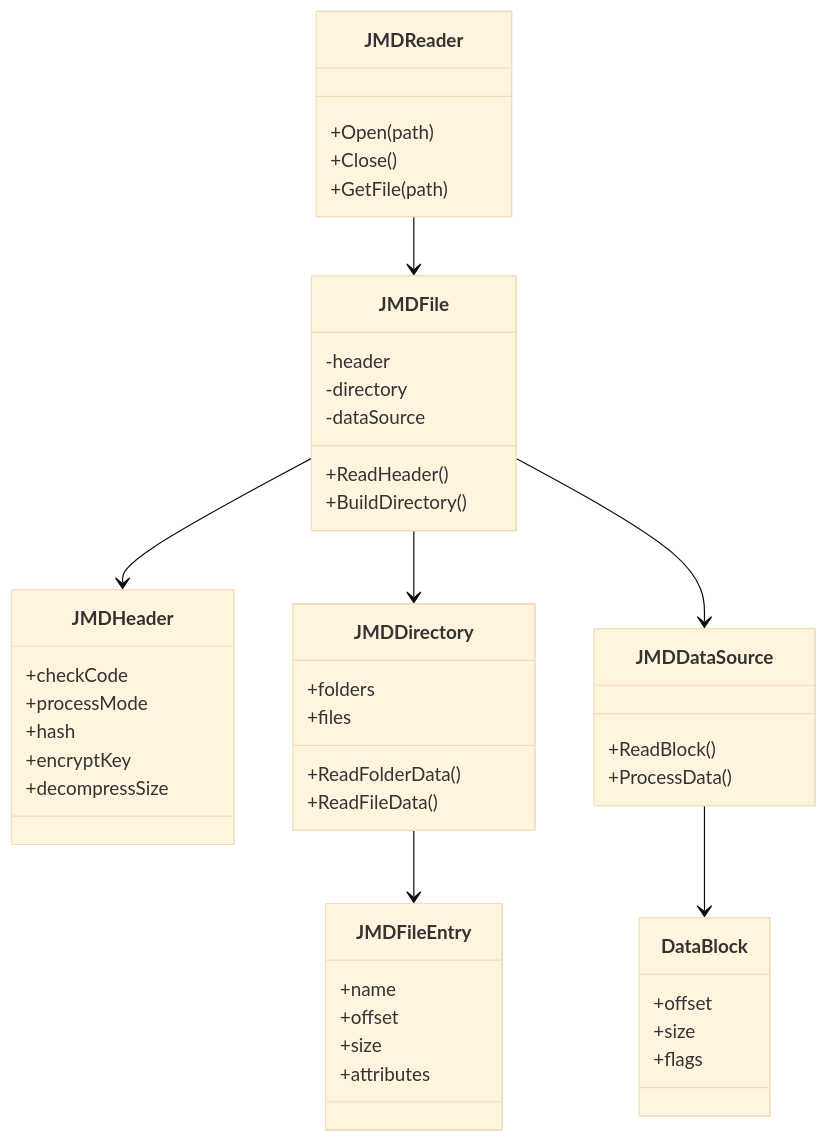
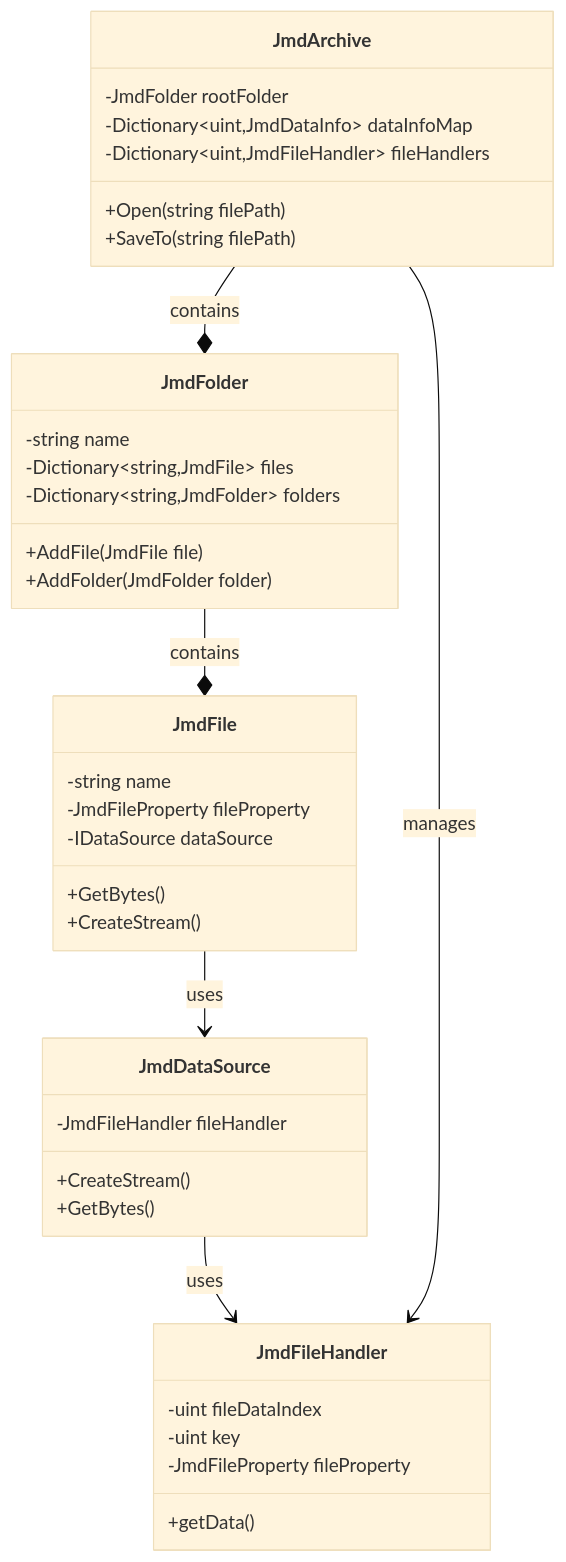
Before and after one commit to MeroZemory/JMDReader: the diagram in docs/flows/details/class_structure.md, drawn with Mermaid (base theme). The commit also changed other lines of this file, not shown here.

First line of the commit message:
docs: JMD 클래스 구조 및 관계 문서 개선

````diff
--- a/docs/flows/details/class_structure.md
+++ b/docs/flows/details/class_structure.md
@@ -5,56 +5,45 @@
 ```mermaid
 classDiagram
-    JMDReader --> JMDFile
-    JMDFile --> JMDHeader
-    JMDFile --> JMDDirectory
-    JMDFile --> JMDDataSource
-    JMDDirectory --> JMDFileEntry
-    JMDDataSource --> DataBlock
-    
-    class JMDReader {
-        +Open(path)
-        +Close()
-        +GetFile(path)
+    class JmdArchive {
+        -JmdFolder rootFolder
+        -Dictionary~uint,JmdDataInfo~ dataInfoMap
+        -Dictionary~uint,JmdFileHandler~ fileHandlers
+        +Open(string filePath)
+        +SaveTo(string filePath)
     }
     
-    class JMDFile {
-        -header
-        -directory
-        -dataSource
-        +ReadHeader()
-        +BuildDirectory()
+    class JmdFolder {
+        -string name
+        -Dictionary~string,JmdFile~ files
+        -Dictionary~string,JmdFolder~ folders
+        +AddFile(JmdFile file)
+        +AddFolder(JmdFolder folder)
     }
     
-    class JMDHeader {
-        +checkCode
-        +processMode
-        +hash
-        +encryptKey
-        +decompressSize
+    class JmdFile {
+        -string name
+        -JmdFileProperty fileProperty
+        -IDataSource dataSource
+        +GetBytes()
+        +CreateStream()
     }
     
-    class JMDDirectory {
-        +folders
-        +files
-        +ReadFolderData()
-        +ReadFileData()
+    class JmdFileHandler {
+        -uint fileDataIndex
+        -uint key
+        -JmdFileProperty fileProperty
+        +getData()
     }
     
-    class JMDFileEntry {
-        +name
-        +offset
-        +size
-        +attributes
+    class JmdDataSource {
+        -JmdFileHandler fileHandler
+        +CreateStream()
+        +GetBytes()
     }
-    
-    class JMDDataSource {
-        +ReadBlock()
-        +ProcessData()
-    }
-    
-    class DataBlock {
-        +offset
-        +size
-        +flags
-    }
+
+    JmdArchive --* JmdFolder : contains
+    JmdFolder --* JmdFile : contains
+    JmdFile --> JmdDataSource : uses
+    JmdDataSource --> JmdFileHandler : uses
+    JmdArchive --> JmdFileHandler : manages
 ```
````
